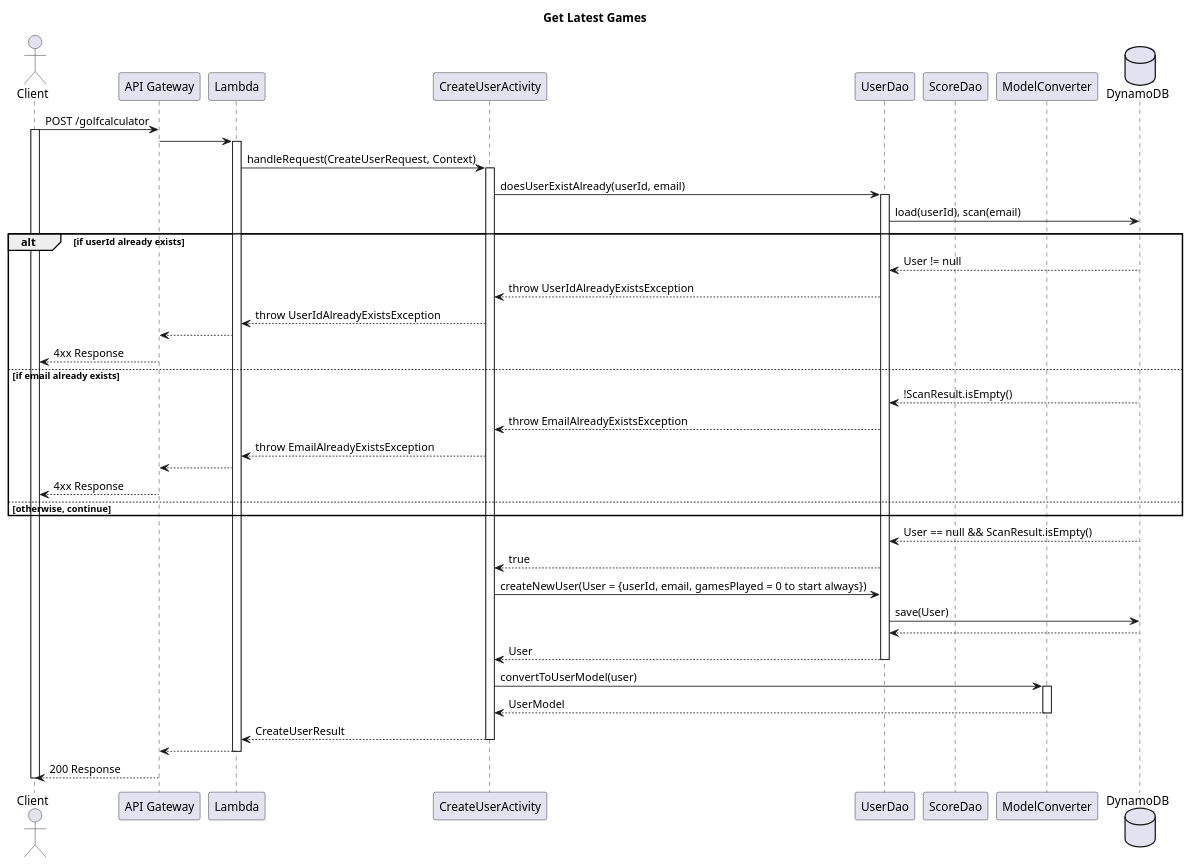
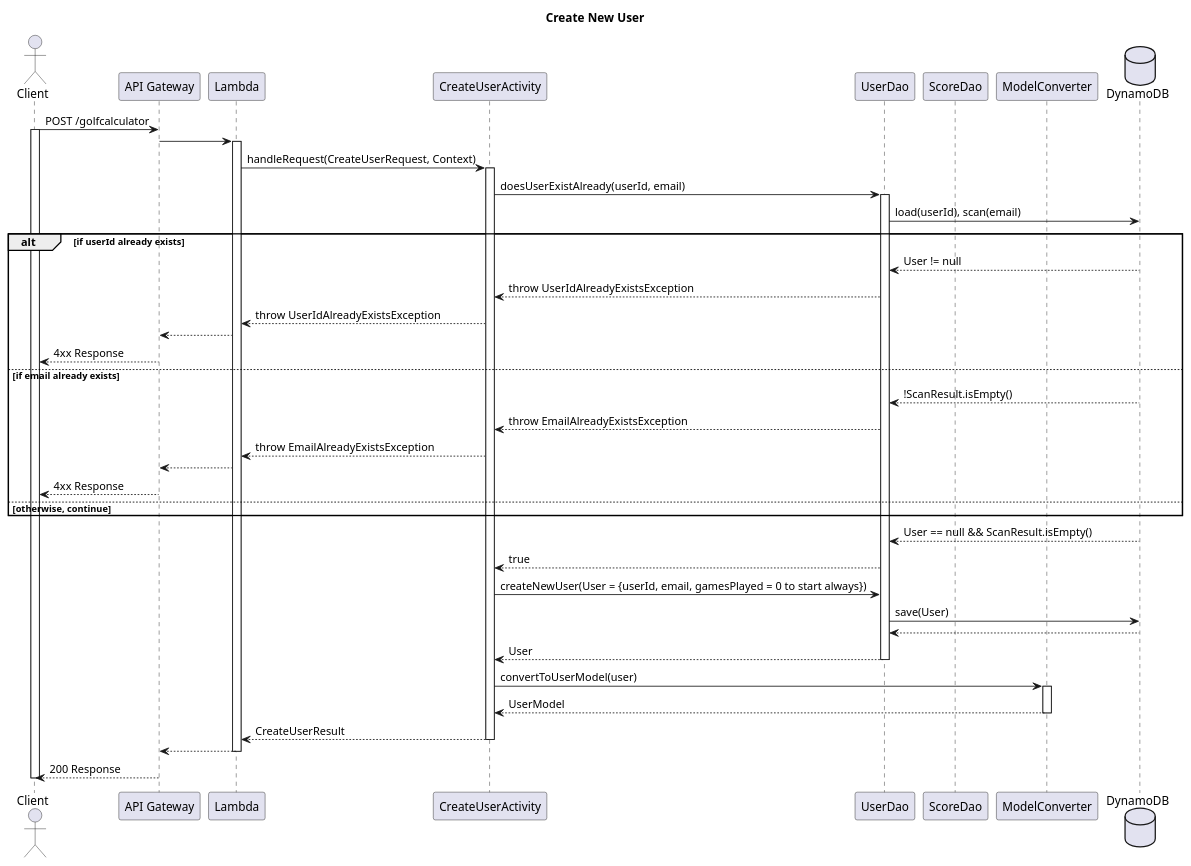
The diagram in template_java_project/src/resources/API Endpoints/CreateUserActivity.puml (BloomTechBackend/bd-team-project-a-rod), drawn with PlantUML before and after one commit. The commit also changed 18 other files, not shown here.

```diff
--- a/template_java_project/src/resources/API Endpoints/CreateUserActivity.puml
+++ b/template_java_project/src/resources/API Endpoints/CreateUserActivity.puml
@@ -1,58 +1,58 @@
 @startuml
 
-title Get Latest Games
+title Create New User
 
 actor Client
 participant "API Gateway" as APIGateway
 participant Lambda
 participant CreateUserActivity
 participant UserDao
 participant ScoreDao
 participant ModelConverter
 database DynamoDB
 
 Client -> APIGateway : POST /golfcalculator
 activate Client
 APIGateway -> Lambda
 activate Lambda
 Lambda -> CreateUserActivity : handleRequest(CreateUserRequest, Context)
 activate CreateUserActivity
 CreateUserActivity -> UserDao : doesUserExistAlready(userId, email)
 activate UserDao
 UserDao -> DynamoDB : load(userId), scan(email)
 
 alt if userId already exists
     UserDao <-- DynamoDB : User != null
     CreateUserActivity <-- UserDao : throw UserIdAlreadyExistsException
     Lambda <-- CreateUserActivity : throw UserIdAlreadyExistsException
     APIGateway <-- Lambda
     Client <-- APIGateway : 4xx Response
     else if email already exists
     UserDao <-- DynamoDB : !ScanResult.isEmpty()
     CreateUserActivity <-- UserDao : throw EmailAlreadyExistsException
     Lambda <-- CreateUserActivity : throw EmailAlreadyExistsException
     APIGateway <-- Lambda
     Client <-- APIGateway : 4xx Response
     else otherwise, continue
     end
 
 UserDao <-- DynamoDB : User == null && ScanResult.isEmpty()
 CreateUserActivity <-- UserDao : true
 CreateUserActivity -> UserDao : createNewUser(User = {userId, email, gamesPlayed = 0 to start always})
 UserDao -> DynamoDB : save(User)
 UserDao <-- DynamoDB
 CreateUserActivity <-- UserDao : User
 deactivate UserDao
 CreateUserActivity -> ModelConverter : convertToUserModel(user)
 activate ModelConverter
 CreateUserActivity <-- ModelConverter : UserModel
 deactivate ModelConverter
 
 Lambda <-- CreateUserActivity : CreateUserResult
 deactivate CreateUserActivity
 APIGateway <-- Lambda
 deactivate Lambda
 Client <-- APIGateway : 200 Response
 deactivate Client
 
 @enduml
```
